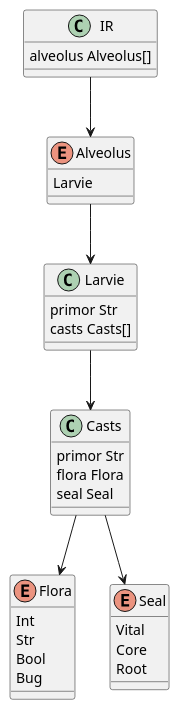
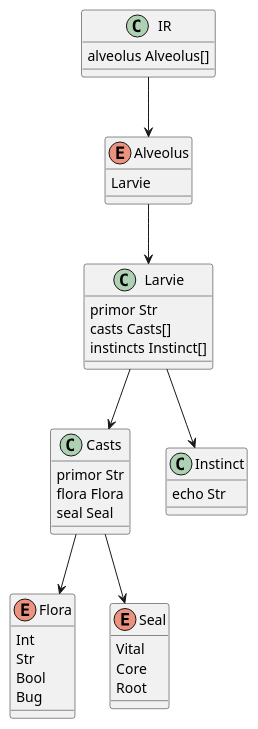
The diagram in doc/ir.puml (sc-land/ir), drawn with PlantUML before and after one commit.

Commit message:
docs: update UML diagram with Instinct integration
- Add Instinct class with echo property in UML diagram
- Update Larvie to include instincts relationship
- Complete behavioral modeling documentation in IR structure
- Maintain consistency between code and documentation

```diff
--- a/doc/ir.puml
+++ b/doc/ir.puml
@@ -1,42 +1,48 @@
 @startuml IR
 
 class IR {
   alveolus Alveolus[]
 }
 enum Alveolus {
   Larvie
 }
 enum Flora {
   Int
   Str
   Bool
   Bug
 }
 enum Seal {
 ' NotNull
     Vital
 ' PrimaryKey
     Core
 ' Unique
     Root
 }
 
 class Larvie {
   primor Str
   casts Casts[]
+  instincts Instinct[]
 }
 
 class Casts {
   primor Str
   flora Flora
   seal Seal
+}
+
+class Instinct {
+  echo Str
 }
 
 IR --> Alveolus
 Alveolus --> Larvie
 
 Casts --> Flora
 Casts --> Seal
 
 Larvie --> Casts
+Larvie --> Instinct
 @enduml
```
